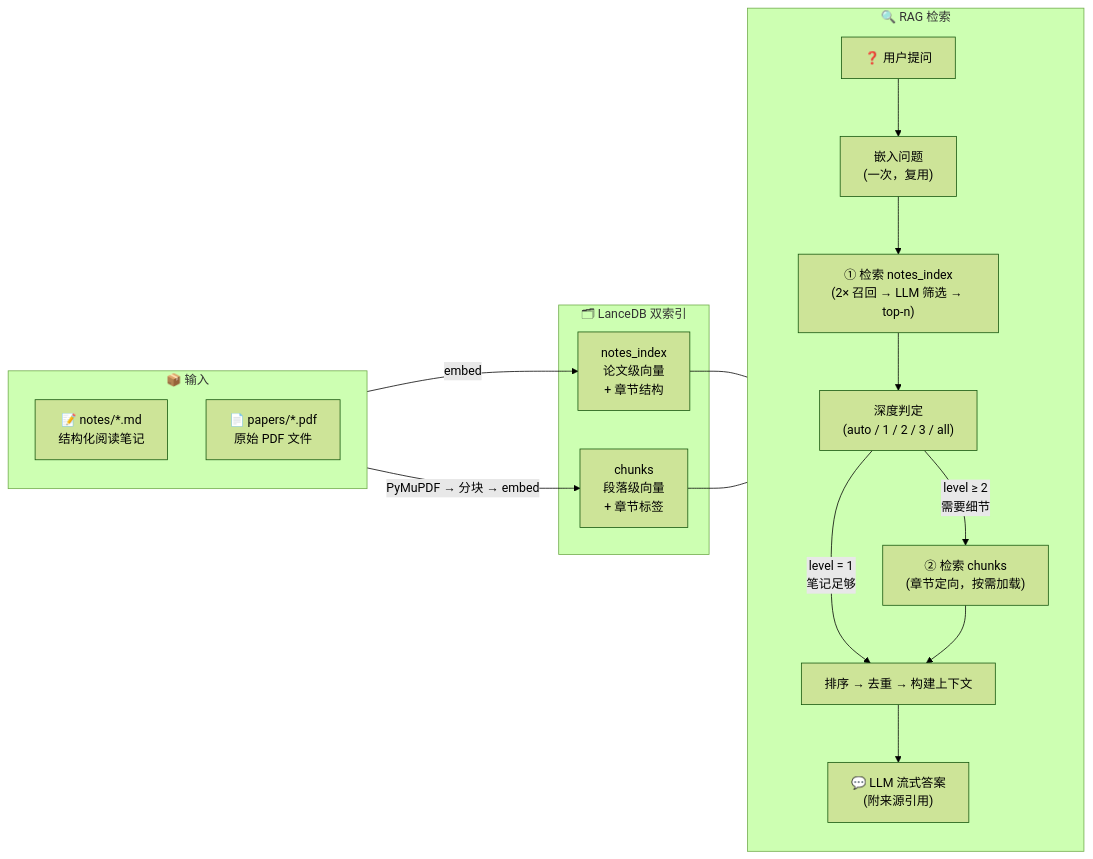
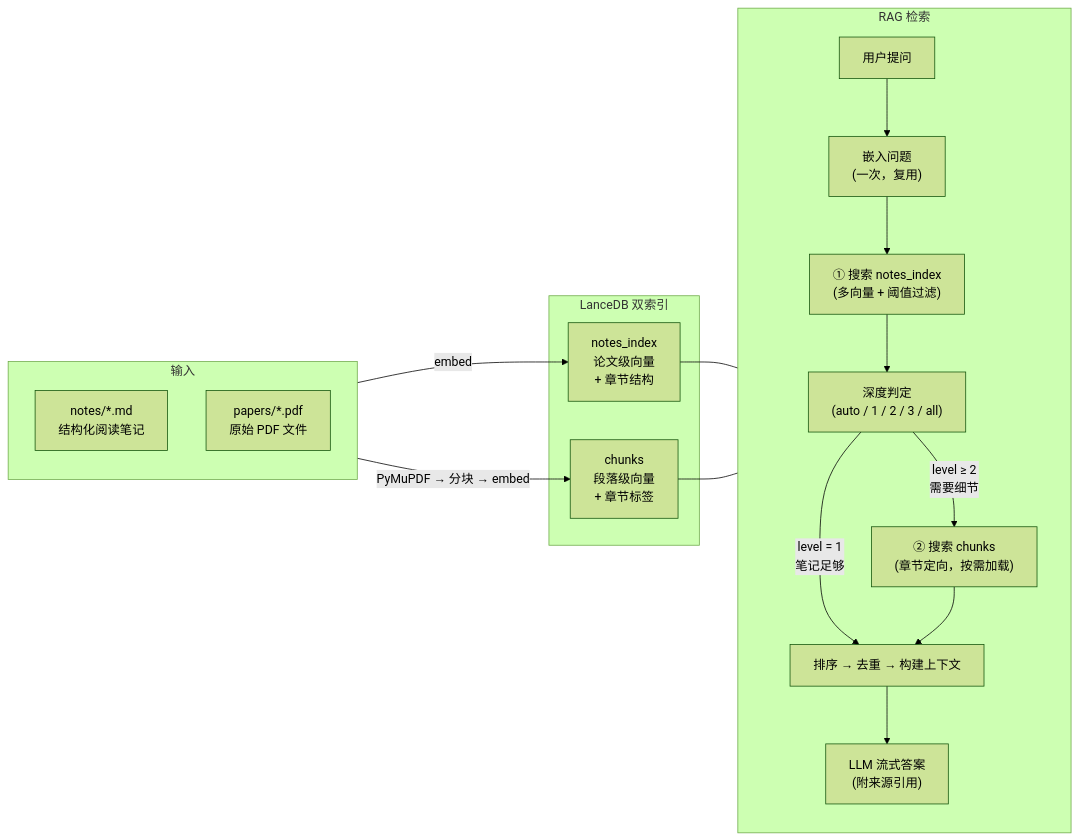
The diagram in README_zh.md (cy8530/PaperVault), drawn with Mermaid (forest theme) before and after one commit. The commit also changed other lines of this file and 21 other files, not shown here.

````diff
--- a/README_zh.md
+++ b/README_zh.md
@@ -209,35 +378,48 @@
 ```mermaid
 flowchart LR
-    subgraph Sources["📦 输入"]
+    subgraph Sources["输入"]
         direction TB
-        notes["📝 notes/*.md<br/>结构化阅读笔记"]
-        pdf["📄 papers/*.pdf<br/>原始 PDF 文件"]
+        notes["notes/*.md
+结构化阅读笔记"]
+        pdf["papers/*.pdf
+原始 PDF 文件"]
     end
 
-    subgraph Index["🗂 LanceDB 双索引"]
-        notes_idx["notes_index<br/>论文级向量<br/>+ 章节结构"]
-        chunks_idx["chunks<br/>段落级向量<br/>+ 章节标签"]
+    subgraph Index["LanceDB 双索引"]
+        notes_idx["notes_index
+论文级向量
++ 章节结构"]
+        chunks_idx["chunks
+段落级向量
++ 章节标签"]
     end
 
-    subgraph RAG["🔍 RAG 检索"]
+    subgraph RAG["RAG 检索"]
         direction TB
-        q["❓ 用户提问"]
-        embed["嵌入问题<br/>(一次，复用)"]
-        s1["① 检索 notes_index<br/>(2× 召回 → LLM 筛选 → top-n)"]
-        judge["深度判定<br/>(auto / 1 / 2 / 3 / all)"]
-        s2["② 检索 chunks<br/>(章节定向，按需加载)"]
+        q["用户提问"]
+        embed["嵌入问题
+(一次，复用)"]
+        s1["① 搜索 notes_index
+(多向量 + 阈值过滤)"]
+        judge["深度判定
+(auto / 1 / 2 / 3 / all)"]
+        s2["② 搜索 chunks
+(章节定向，按需加载)"]
         context["排序 → 去重 → 构建上下文"]
-        ans["💬 LLM 流式答案<br/>(附来源引用)"]
+        ans["LLM 流式答案
+(附来源引用)"]
     end
 
     notes -->|"embed"| notes_idx
     pdf -->|"PyMuPDF → 分块 → embed"| chunks_idx
 
     q --> embed --> s1
     notes_idx --- s1
     s1 --> judge
-    judge -->|"level = 1<br/>笔记足够"| context
-    judge -->|"level ≥ 2<br/>需要细节"| s2
+    judge -->|"level = 1
+笔记足够"| context
+    judge -->|"level ≥ 2
+需要细节"| s2
     chunks_idx --- s2
     s2 --> context --> ans
 ```
````
